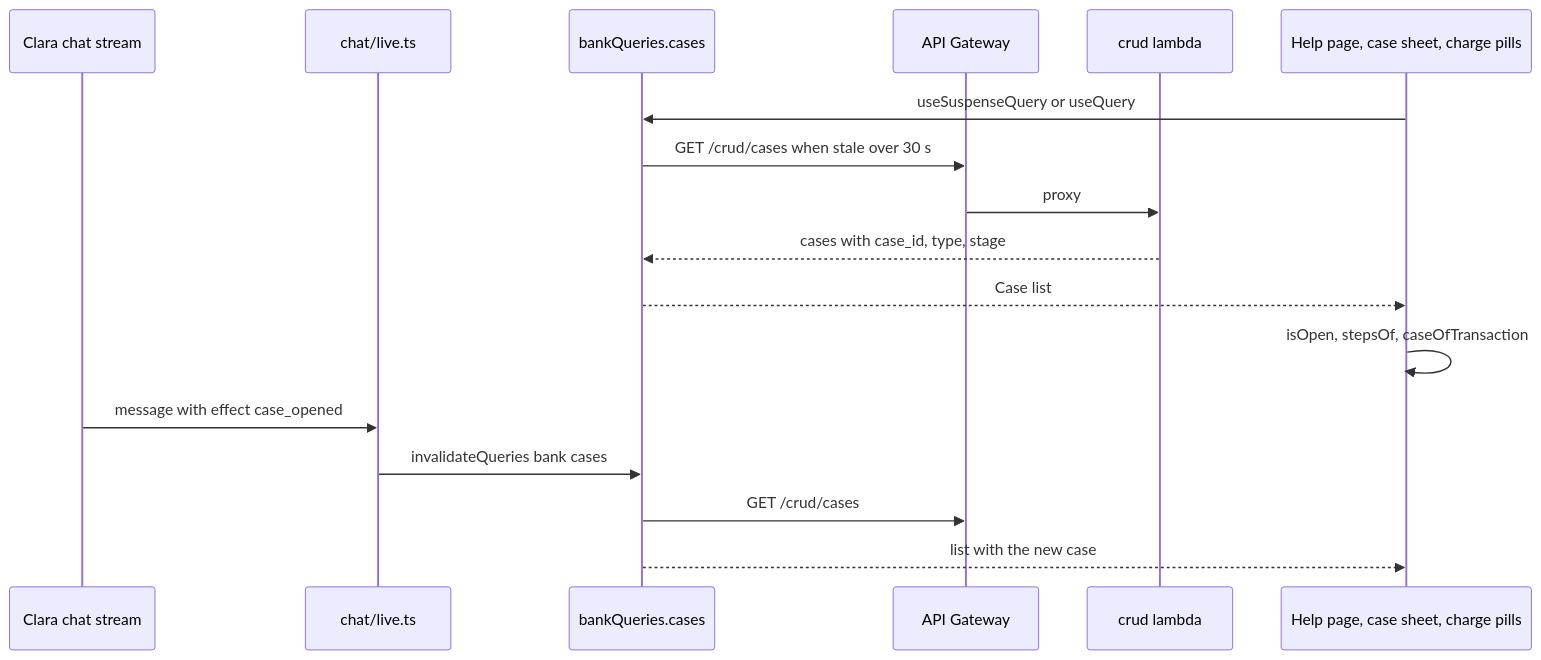
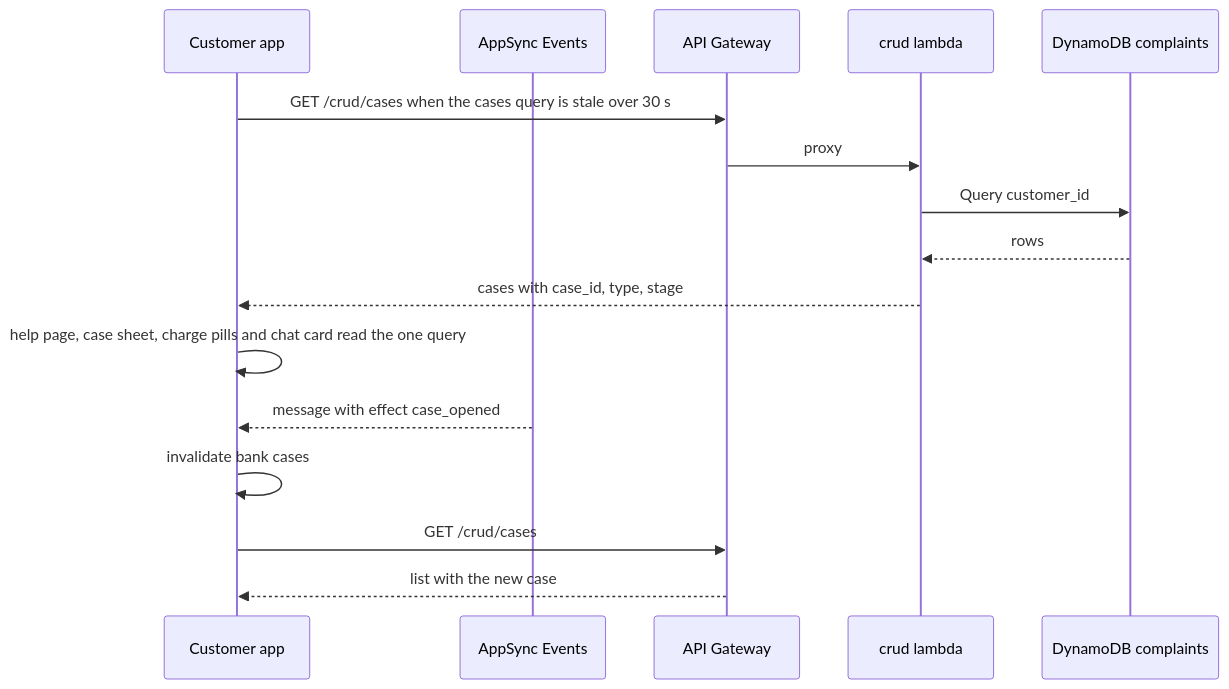
One commit to Team-ACGS/factored-hackathon-2026-acgs changed the third of 3 diagrams in docs/modules/cases/flows.md. Above: the diagram before and after it, drawn with Mermaid. The commit also changed 6 other files, not shown here.

Commit message:
docs(assistant,cases,data,identity,messaging): reviewer findings on flows and readme, round 2

````diff
--- a/docs/modules/cases/flows.md
+++ b/docs/modules/cases/flows.md
@@ -96,19 +96,18 @@
 ```mermaid
 sequenceDiagram
-    participant Chat as Clara chat stream
-    participant Live as chat/live.ts
-    participant Query as bankQueries.cases
+    participant App as Customer app
+    participant Evt as AppSync Events
     participant APIGW as API Gateway
     participant Crud as crud lambda
-    participant UI as Help page, case sheet, charge pills
-    UI->>Query: useSuspenseQuery or useQuery
-    Query->>APIGW: GET /crud/cases when stale over 30 s
+    participant Complaints as DynamoDB complaints
+    App->>APIGW: GET /crud/cases when the cases query is stale over 30 s
     APIGW->>Crud: proxy
-    Crud-->>Query: cases with case_id, type, stage
-    Query-->>UI: Case list
-    UI->>UI: isOpen, stepsOf, caseOfTransaction
-    Chat->>Live: message with effect case_opened
-    Live->>Query: invalidateQueries bank cases
-    Query->>APIGW: GET /crud/cases
-    Query-->>UI: list with the new case
+    Crud->>Complaints: Query customer_id
+    Complaints-->>Crud: rows
+    Crud-->>App: cases with case_id, type, stage
+    App->>App: help page, case sheet, charge pills and chat card read the one query
+    Evt-->>App: message with effect case_opened
+    App->>App: invalidate bank cases
+    App->>APIGW: GET /crud/cases
+    APIGW-->>App: list with the new case
 ```
````
